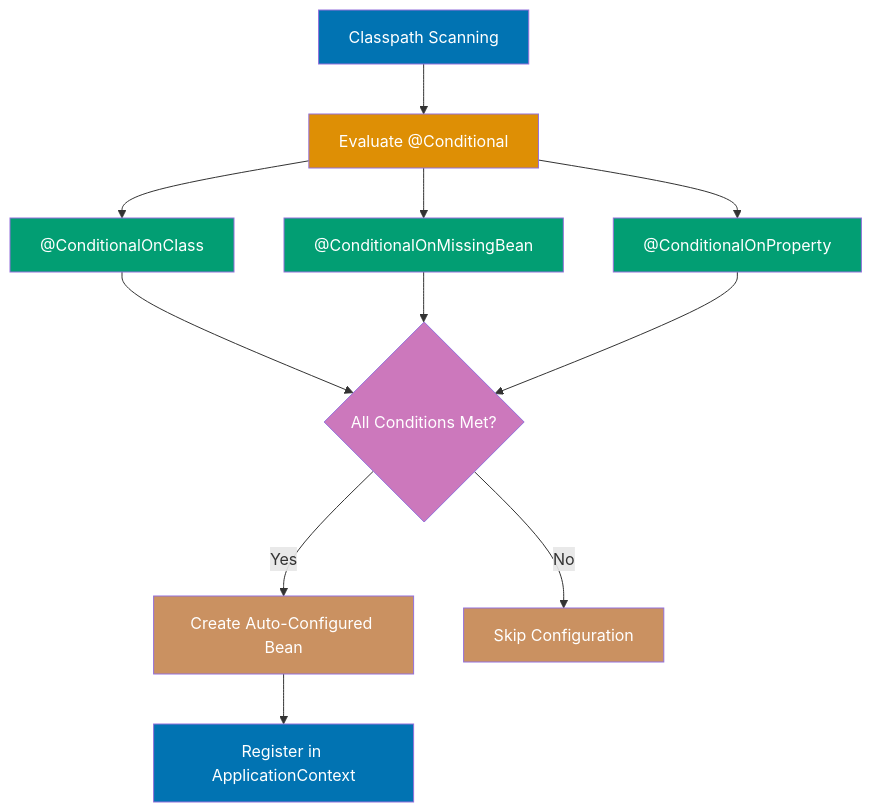
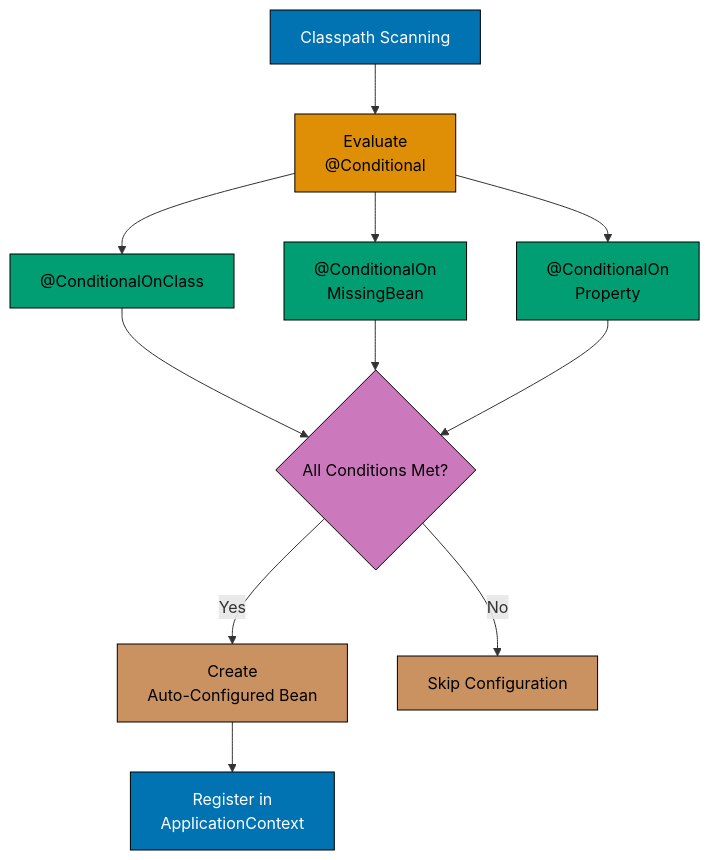
Before and after one commit to wahidyankf/ose-public: the second of 10 diagrams in apps/ayokoding-www/content/en/learn/legacy/software-engineering/platforms/web/tools/jvm-spring-boot/by-example/beginner.md, drawn with Mermaid. The commit also changed other lines of this file and 130 other files, not shown here.

First line of the commit message:
fix(mermaid): bring the legacy platforms diagrams onto the accessible palette

````diff
--- a/apps/ayokoding-www/content/en/learn/legacy/software-engineering/platforms/web/tools/jvm-spring-boot/by-example/beginner.md
+++ b/apps/ayokoding-www/content/en/learn/legacy/software-engineering/platforms/web/tools/jvm-spring-boot/by-example/beginner.md
@@ -128,24 +136,32 @@
 ```mermaid
 %% Color Palette: Blue #0173B2, Orange #DE8F05, Teal #029E73, Purple #CC78BC, Brown #CA9161
 graph TD
-    Classpath["Classpath Scanning"] --> Conditions["Evaluate @Conditional"]
+    accTitle: Example 1: Spring Boot Application Starter
+    accDescr: Graph with 9 nodes and 10 connections. Nodes: Classpath Scanning, Evaluate @Conditional, @ConditionalOnClass, @ConditionalOn MissingBean, @ConditionalOn Property, All Conditions Met?, Create Auto-Configured Bean, Skip Configuration, Register in ApplicationContext. Connections: Classpath Scanning to Evaluate @Conditional, Evaluate @Conditional to @ConditionalOnClass, Evaluate @Conditional to @ConditionalOn MissingBean, Evaluate @Conditional to @ConditionalOn Property, @ConditionalOnClass to All Conditions Met?, @ConditionalOn MissingBean to All Conditions Met?, @ConditionalOn Property to All Conditions Met?, All Conditions Met? to Create Auto-Configured Bean (Yes), All Conditions Met? to Skip Configuration (No), Create Auto-Configured Bean to Register in ApplicationContext.
+    Classpath["Classpath Scanning"] --> Conditions["Evaluate<br/>@Conditional"]
     Conditions --> Check1["@ConditionalOnClass"]
-    Conditions --> Check2["@ConditionalOnMissingBean"]
-    Conditions --> Check3["@ConditionalOnProperty"]
+    Conditions --> Check2["@ConditionalOn<br/>MissingBean"]
+    Conditions --> Check3["@ConditionalOn<br/>Property"]
     Check1 --> Decide{All Conditions Met?}
     Check2 --> Decide
     Check3 --> Decide
-    Decide -->|Yes| CreateBean["Create Auto-Configured Bean"]
+    Decide -->|Yes| CreateBean["Create<br/>Auto-Configured Bean"]
     Decide -->|No| Skip["Skip Configuration"]
-    CreateBean --> Register["Register in ApplicationContext"]
+    CreateBean --> Register["Register in<br/>ApplicationContext"]
 
-    style Classpath fill:#0173B2,color:#fff
-    style Conditions fill:#DE8F05,color:#fff
-    style Check1 fill:#029E73,color:#fff
-    style Check2 fill:#029E73,color:#fff
-    style Check3 fill:#029E73,color:#fff
-    style Decide fill:#CC78BC,color:#fff
-    style CreateBean fill:#CA9161,color:#fff
-    style Skip fill:#CA9161,color:#fff
-    style Register fill:#0173B2,color:#fff
+    classDef pal-0173B2 fill:#0173B2,stroke:#000000,color:#FFFFFF
+    class Classpath pal-0173B2
+    classDef pal-DE8F05 fill:#DE8F05,stroke:#000000,color:#000000
+    class Conditions pal-DE8F05
+    classDef pal-029E73 fill:#029E73,stroke:#000000,color:#000000
+    class Check1 pal-029E73
+    class Check2 pal-029E73
+    class Check3 pal-029E73
+    classDef pal-CC78BC fill:#CC78BC,stroke:#000000,color:#000000
+    class Decide pal-CC78BC
+    classDef pal-CA9161 fill:#CA9161,stroke:#000000,color:#000000
+    class CreateBean pal-CA9161
+    class Skip pal-CA9161
+    class Register pal-0173B2
+    classDef default fill:#FFFFFF,stroke:#000000,color:#000000
 ```
````
